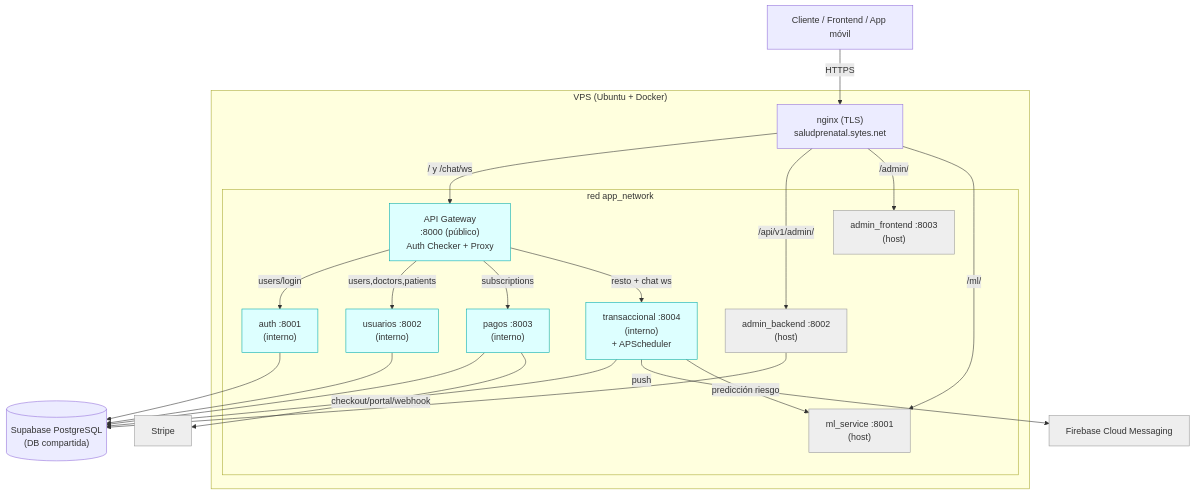
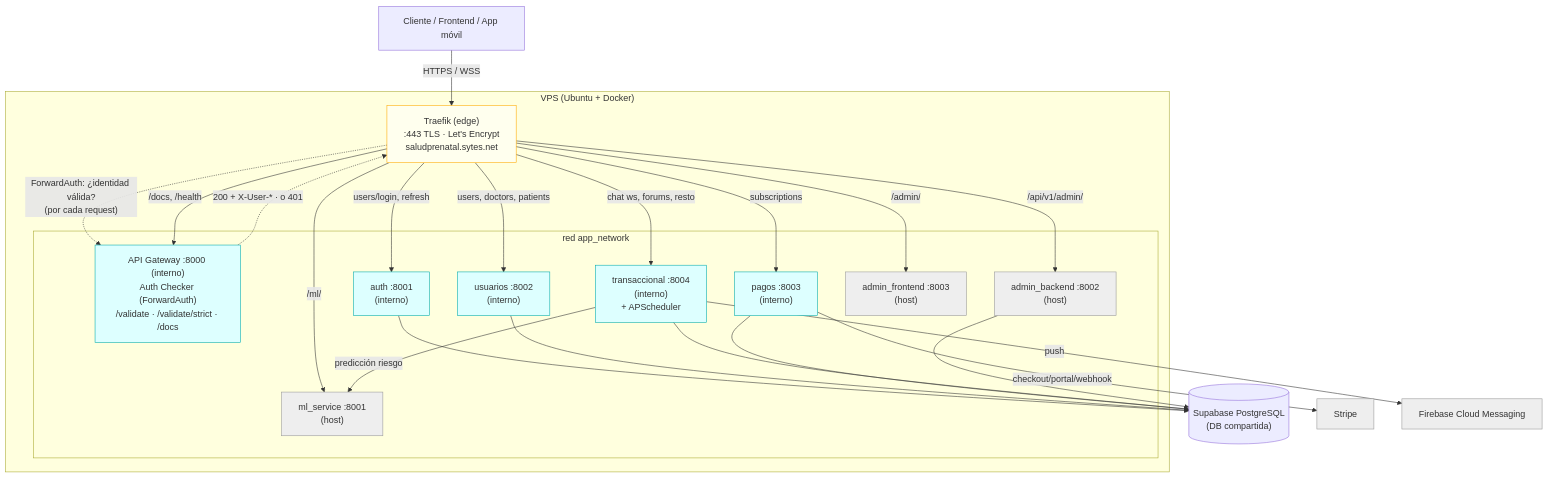
Before and after one commit to mdz48/salud_prenatal_backend: the first of 6 diagrams in docs/arquitectura-microservicios.md, drawn with Mermaid. The commit also changed other lines of this file and 25 other files, not shown here.

````diff
--- a/docs/arquitectura-microservicios.md
+++ b/docs/arquitectura-microservicios.md
@@ -119,46 +142,50 @@
 ```mermaid
 flowchart TB
     Client["Cliente / Frontend / App móvil"]
     subgraph VPS["VPS (Ubuntu + Docker)"]
-        Nginx["nginx (TLS)\nsaludprenatal.sytes.net"]
+        TRF["Traefik (edge)\n:443 TLS · Let's Encrypt\nsaludprenatal.sytes.net"]
         subgraph net["red app_network"]
-            GW["API Gateway\n:8000 (público)\nAuth Checker + Proxy"]
+            GW["API Gateway :8000 (interno)\nAuth Checker (ForwardAuth)\n/validate · /validate/strict · /docs"]
             AUTH["auth :8001\n(interno)"]
             USR["usuarios :8002\n(interno)"]
             PAG["pagos :8003\n(interno)"]
             TRX["transaccional :8004\n(interno)\n+ APScheduler"]
             ML["ml_service :8001\n(host)"]
             ADMB["admin_backend :8002\n(host)"]
             ADMF["admin_frontend :8003\n(host)"]
         end
     end
     DB[("Supabase PostgreSQL\n(DB compartida)")]
     Stripe["Stripe"]
     FCM["Firebase Cloud Messaging"]
 
-    Client -->|HTTPS| Nginx
-    Nginx -->|/ y /chat/ws| GW
-    Nginx -->|/api/v1/admin/| ADMB
-    Nginx -->|/admin/| ADMF
-    Nginx -->|/ml/| ML
+    Client -->|HTTPS / WSS| TRF
+    TRF -.->|"ForwardAuth: ¿identidad válida?\n(por cada request)"| GW
+    GW -.->|"200 + X-User-* · o 401"| TRF
 
-    GW -->|users/login| AUTH
-    GW -->|users,doctors,patients| USR
-    GW -->|subscriptions| PAG
-    GW -->|resto + chat ws| TRX
+    TRF -->|users/login, refresh| AUTH
+    TRF -->|users, doctors, patients| USR
+    TRF -->|subscriptions| PAG
+    TRF -->|chat ws, forums, resto| TRX
+    TRF -->|/docs, /health| GW
+    TRF -->|/api/v1/admin/| ADMB
+    TRF -->|/admin/| ADMF
+    TRF -->|/ml/| ML
 
     AUTH --> DB
     USR --> DB
     PAG --> DB
     TRX --> DB
     ADMB --> DB
 
     PAG -->|checkout/portal/webhook| Stripe
     TRX -->|push| FCM
     TRX -->|predicción riesgo| ML
 
     classDef mine fill:#dff,stroke:#0aa;
     classDef ext fill:#eee,stroke:#999;
+    classDef edge fill:#ffe,stroke:#fa0;
     class GW,AUTH,USR,PAG,TRX mine;
     class ML,ADMB,ADMF,Stripe,FCM ext;
+    class TRF edge;
 ```
````
